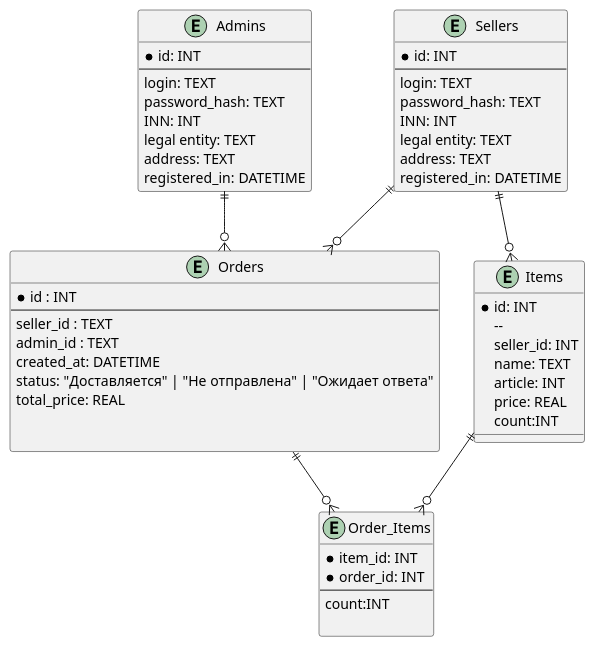
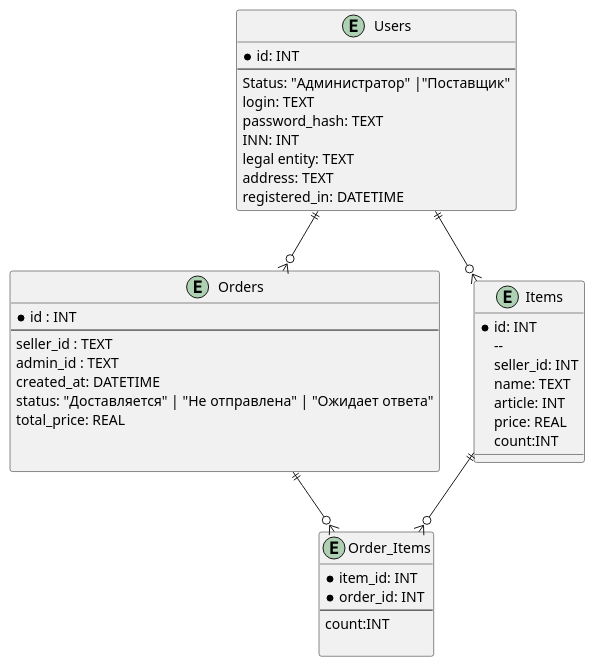
The diagram in uml-диаграммы/Схема базы данных/Схема_базы_данных.puml (BombasticFantastik/PIS_Course_work), drawn with PlantUML before and after one commit. The commit also changed 11 other files, not shown here.

```diff
--- a/uml-диаграммы/Схема базы данных/Схема_базы_данных.puml
+++ b/uml-диаграммы/Схема базы данных/Схема_базы_данных.puml
@@ -1,69 +1,70 @@
 @startuml Диаграмма базы данных
 
 
 
 entity Orders {
   * id : INT
   --
   seller_id : TEXT
   admin_id : TEXT
   created_at: DATETIME
   status: "Доставляется" | "Не отправлена" | "Ожидает ответа"
   total_price: REAL
   
   
 }
 
 entity Order_Items {
   *item_id: INT
   *order_id: INT
   --
   count:INT
 
 } 
 
 
 
 entity Items {
   *id: INT
   --  
   seller_id: INT
   name: TEXT
   article: INT
   price: REAL
   count:INT
   
 }
 
 
-entity Sellers{
+' entity Sellers{
+'   *id: INT
+'   --
+'   login: TEXT
+'   password_hash: TEXT
+'   INN: INT
+'   legal entity: TEXT
+'   address: TEXT
+'   registered_in: DATETIME
+' }
+
+entity Users{
   *id: INT
   --
-  login: TEXT
-  password_hash: TEXT
-  INN: INT
-  legal entity: TEXT
-  address: TEXT
-  registered_in: DATETIME
-}
-
-entity Admins{
-  *id: INT
-  --
+  Status: "Администратор" |"Поставщик"
   login: TEXT
   password_hash: TEXT
   INN: INT
   legal entity: TEXT
   address: TEXT
   registered_in: DATETIME
 }
 
 Orders ||--o{ Order_Items
 Items ||--o{ Order_Items
 
-Sellers ||--o{ Items
+Users ||--o{ Items
 
-Sellers ||--o{ Orders
-Admins ||--o{ Orders
+Users ||--o{ Orders
+
 
 @enduml
```
